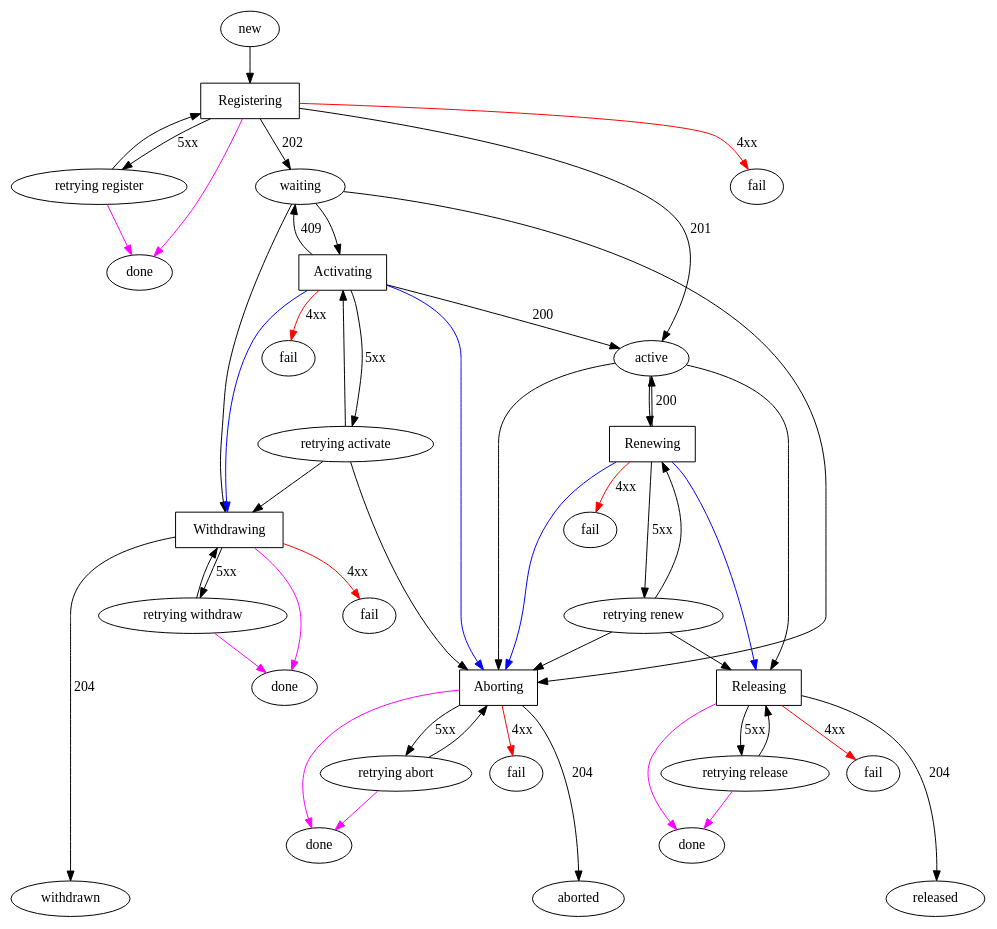
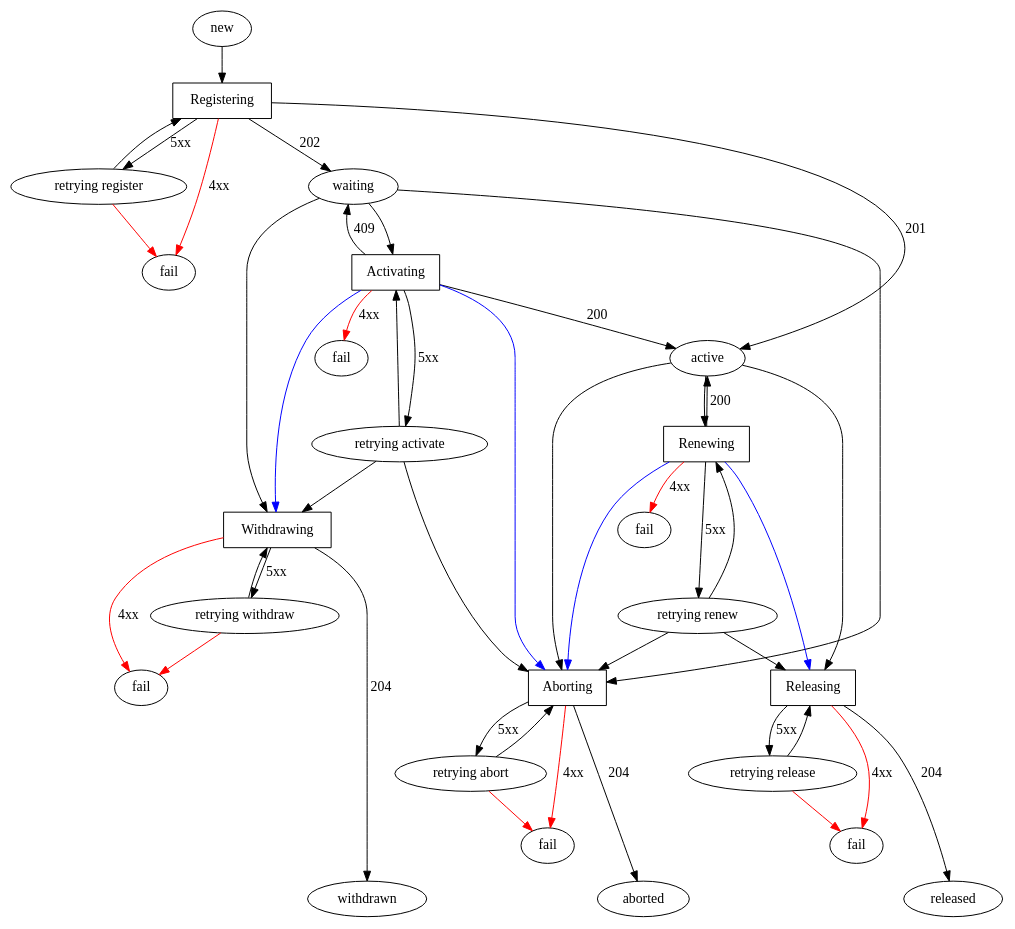
The diagram in docs/nessy-daemon-claim-state-machine.dot (genome/nessy-client-perl), drawn with Graphviz before and after one commit.

Commit message:
remove "done" state from state machine figure

```diff
--- a/docs/nessy-daemon-claim-state-machine.dot
+++ b/docs/nessy-daemon-claim-state-machine.dot
@@ -1,143 +1,133 @@
 digraph "nessy-daemon-claim-state-machine" {
     node [shape=oval]
     // Start state
     new
 
     // In progress states
     active
     waiting
 
     // Final states
     aborted
     released
     withdrawn
 
     // Failure states
     f_abort    [label="fail"]
     f_activate [label="fail"]
     f_register [label="fail"]
     f_release  [label="fail"]
     f_renew    [label="fail"]
     f_withdraw [label="fail"]
-
-    // Done states
-    d_abort    [label="done"]
-    d_register [label="done"]
-    d_release  [label="done"]
-    d_withdraw [label="done"]
 
     // Retry states
     r_abort    [label="retrying abort"]
     r_activate [label="retrying activate"]
     r_register [label="retrying register"]
     r_release  [label="retrying release"]
     r_renew    [label="retrying renew"]
     r_withdraw [label="retrying withdraw"]
 
     // Action states
     node [shape=box]
     a_abort    [label="Aborting"]
     a_activate [label="Activating"]
     a_register [label="Registering"]
     a_release  [label="Releasing"]
     a_renew    [label="Renewing"]
     a_withdraw [label="Withdrawing"]
 
 
     // Paths from start node
     new -> a_register [color=black]
 
 
     // Paths away from a_register
     a_register -> active     [color=black label="201"]
     a_register -> waiting    [color=black label="202"]
 
     a_register -> r_register [color=black label="5xx"]
     r_register -> a_register [color=black]
 
     a_register -> f_register [color=red   label="4xx"]
-    a_register -> d_register [color=magenta]
-    r_register -> d_register [color=magenta]
+    r_register -> f_register [color=red]
 
 
     // Paths away from active
     active  -> a_renew   [color=black]
     a_renew -> active    [color=black label="200"]
     a_renew -> r_renew   [color=black label="5xx" minlen=2]
     r_renew -> a_renew   [color=black]
 
 
     a_renew -> f_renew   [color=red label="4xx"]
 
     active  -> a_abort   [color=black]
     a_renew -> a_abort   [color=blue]
     r_renew -> a_abort   [color=black]
 
     a_renew -> a_release [color=blue]
     r_renew -> a_release [color=black]
 
     active  -> a_release [color=black]
 
 
     // Paths away from waiting
     waiting    -> a_activate [color=black]
     a_activate -> waiting    [color=black label="409"]
     a_activate -> r_activate [color=black label="5xx" minlen=2]
     r_activate -> a_activate [color=black]
     a_activate -> active     [color=black label="200"]
 
 
     a_activate -> f_activate [color=red   label="4xx"]
 
     waiting    -> a_withdraw [color=black]
     a_activate -> a_withdraw [color=blue]
     r_activate -> a_withdraw [color=black]
 
     waiting    -> a_abort    [color=black]
     a_activate -> a_abort    [color=blue]
     r_activate -> a_abort    [color=black]
 
 
     // Paths away from a_withdraw
     a_withdraw -> withdrawn  [color=black label="204"]
 
     a_withdraw -> r_withdraw [color=black label="5xx"]
     r_withdraw -> a_withdraw [color=black]
 
     a_withdraw -> f_withdraw [color=red   label="4xx"]
-    a_withdraw -> d_withdraw [color=magenta]
-    r_withdraw -> d_withdraw [color=magenta]
+    r_withdraw -> f_withdraw [color=red]
 
 
     // Paths away from a_release
     a_release -> released  [color=black label="204"]
 
     a_release -> r_release [color=black label="5xx"]
     r_release -> a_release [color=black]
 
     a_release -> f_release [color=red   label="4xx"]
-    a_release -> d_release [color=magenta]
-    r_release -> d_release [color=magenta]
+    r_release -> f_release [color=red]
 
     // Paths away from a_abort
     a_abort -> aborted [color=black label="204"]
     a_abort -> r_abort [color=black label="5xx"]
 
     r_abort -> a_abort [color=black]
     a_abort -> f_abort [color=red   label="4xx"]
-    a_abort -> d_abort [color=magenta]
-    r_abort -> d_abort [color=magenta]
+    r_abort -> f_abort [color=red]
 
     // Formatting
     {
         rank=source
         new
     }
 
     {
         rank=sink
         aborted
         released
         withdrawn
     }
 }
```
